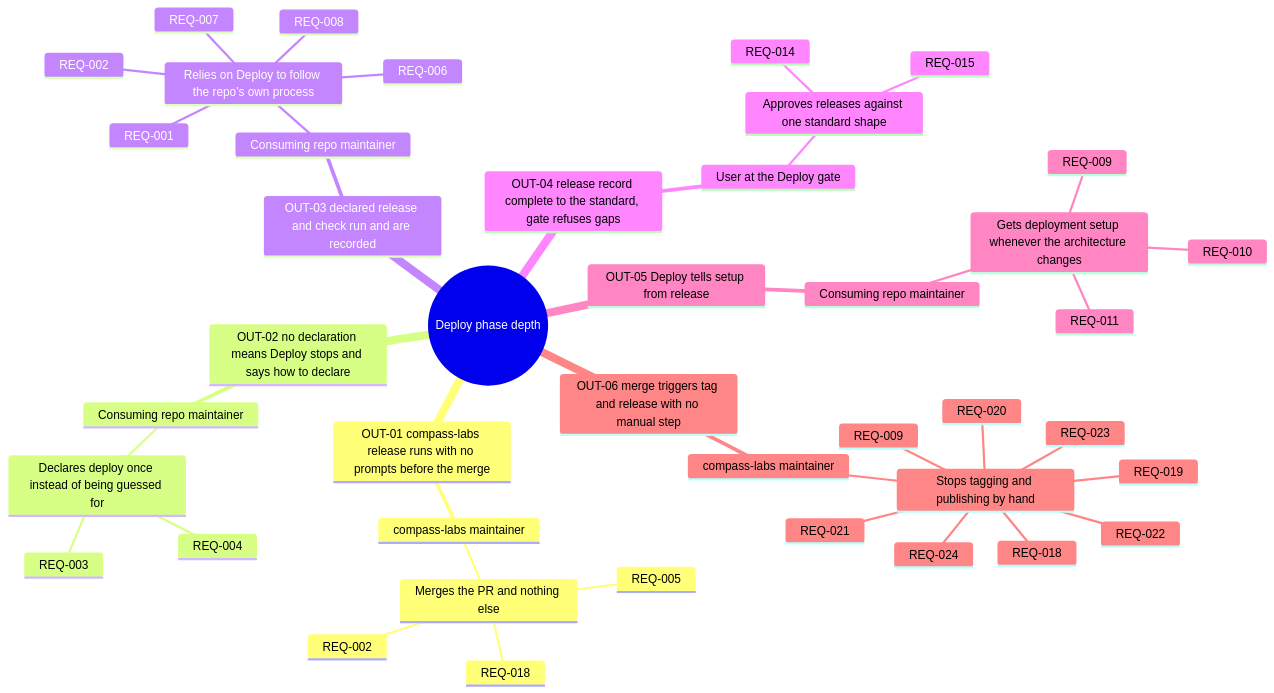
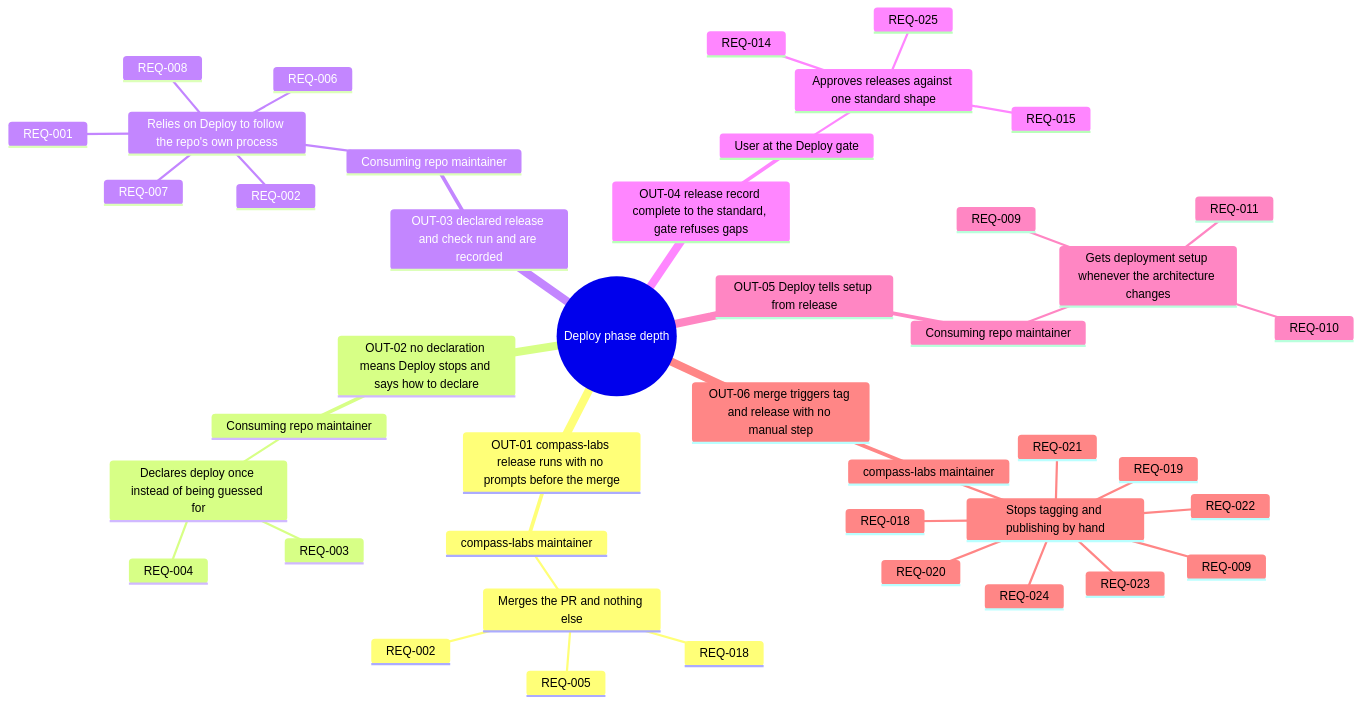
One commit to dkoenawan/compass-labs changed the first of 5 diagrams in docs/sessions/2026-10-24-deploy-phase-depth/define/diagrams.md. Above: the diagram before and after it, drawn with Mermaid. The commit also changed other lines of this file and 4 other files, not shown here.

````diff
--- a/docs/sessions/2026-10-24-deploy-phase-depth/define/diagrams.md
+++ b/docs/sessions/2026-10-24-deploy-phase-depth/define/diagrams.md
@@ -8,45 +8,46 @@
 ```mermaid
 mindmap
   root((Deploy phase depth))
     OUT-01 compass-labs release runs with no prompts before the merge
       compass-labs maintainer
         Merges the PR and nothing else
           REQ-002
           REQ-005
           REQ-018
     OUT-02 no declaration means Deploy stops and says how to declare
       Consuming repo maintainer
         Declares deploy once instead of being guessed for
           REQ-003
           REQ-004
     OUT-03 declared release and check run and are recorded
       Consuming repo maintainer
         Relies on Deploy to follow the repo's own process
           REQ-001
           REQ-002
           REQ-006
           REQ-007
           REQ-008
     OUT-04 release record complete to the standard, gate refuses gaps
       User at the Deploy gate
         Approves releases against one standard shape
           REQ-014
           REQ-015
+          REQ-025
     OUT-05 Deploy tells setup from release
       Consuming repo maintainer
         Gets deployment setup whenever the architecture changes
           REQ-009
           REQ-010
           REQ-011
     OUT-06 merge triggers tag and release with no manual step
       compass-labs maintainer
         Stops tagging and publishing by hand
           REQ-009
           REQ-018
           REQ-019
           REQ-020
           REQ-021
           REQ-022
           REQ-023
           REQ-024
 ```
````
